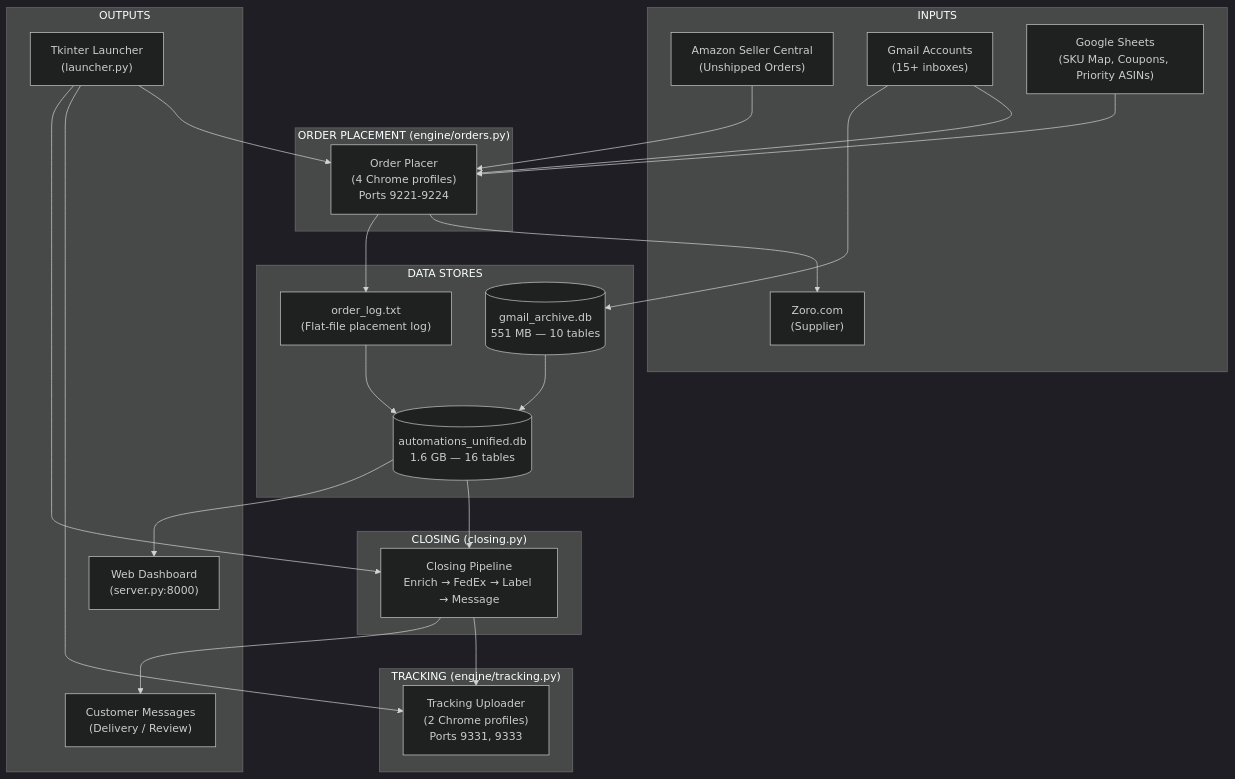
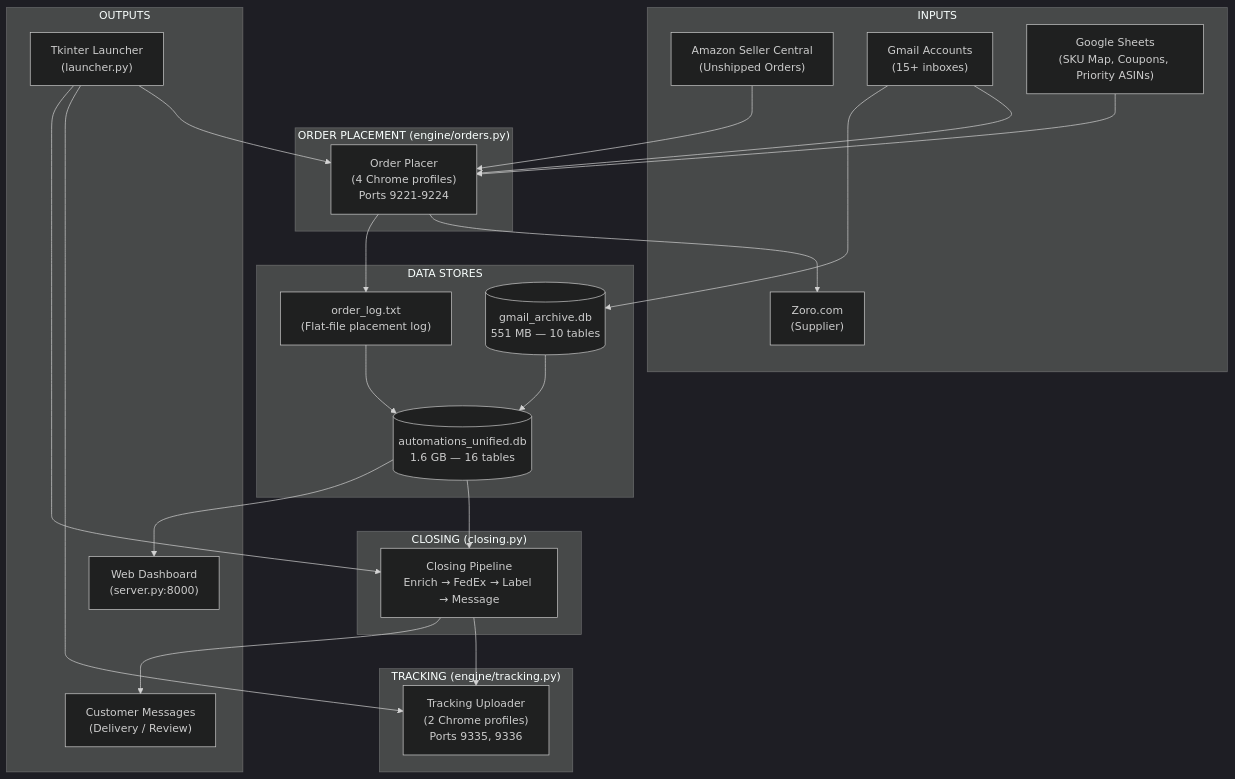
The first of 2 diagrams in Automations/automations_complete_documentation.md (Kamibaloch342/dsautomated), drawn with Mermaid (dark theme) before and after one commit. The commit also changed other lines of this file and 57 other files, not shown here.

````diff
--- a/Automations/automations_complete_documentation.md
+++ b/Automations/automations_complete_documentation.md
@@ -58,49 +58,49 @@
 ```mermaid
 graph TB
     subgraph "INPUTS"
         A["Amazon Seller Central<br/>(Unshipped Orders)"]
         G["Gmail Accounts<br/>(15+ inboxes)"]
         Z["Zoro.com<br/>(Supplier)"]
         GS["Google Sheets<br/>(SKU Map, Coupons, Priority ASINs)"]
     end
 
     subgraph "ORDER PLACEMENT (engine/orders.py)"
         OP["Order Placer<br/>(4 Chrome profiles)<br/>Ports 9221-9224"]
     end
 
     subgraph "TRACKING (engine/tracking.py)"
-        TR["Tracking Uploader<br/>(2 Chrome profiles)<br/>Ports 9331, 9333"]
+        TR["Tracking Uploader<br/>(2 Chrome profiles)<br/>Ports 9335, 9336"]
     end
 
     subgraph "CLOSING (closing.py)"
         CL["Closing Pipeline<br/>Enrich → FedEx → Label → Message"]
     end
 
     subgraph "DATA STORES"
         DB[("automations_unified.db<br/>1.6 GB — 16 tables")]
         GA[("gmail_archive.db<br/>551 MB — 10 tables")]
         LOG["order_log.txt<br/>(Flat-file placement log)"]
     end
 
     subgraph "OUTPUTS"
         DASH["Web Dashboard<br/>(server.py:8000)"]
         GUI["Tkinter Launcher<br/>(launcher.py)"]
         MSG["Customer Messages<br/>(Delivery / Review)"]
     end
 
     A --> OP
     G --> OP
     GS --> OP
     OP --> Z
     OP --> LOG
     LOG --> DB
     G --> GA
     GA --> DB
     DB --> CL
     CL --> TR
     CL --> MSG
     DB --> DASH
     GUI --> OP
     GUI --> TR
     GUI --> CL
 ```
````
